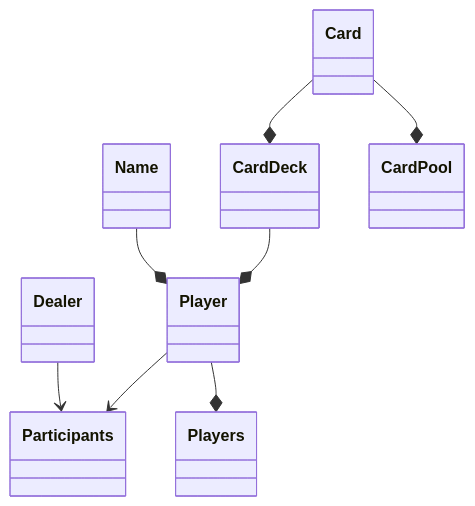
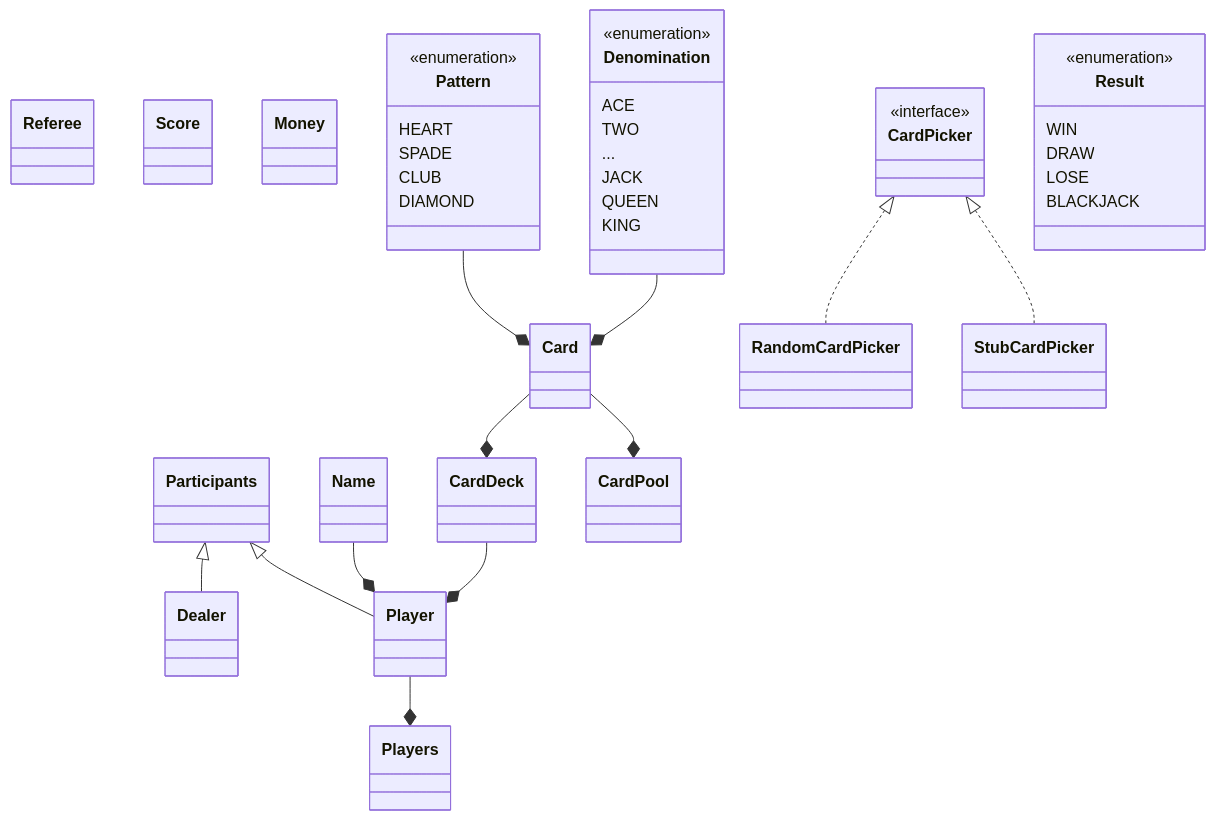
Before and after one commit to woowacourse/java-blackjack: the third of 3 diagrams in docs/README.md, drawn with Mermaid. The commit also changed other lines of this file, not shown here.

Commit message:
docs : 2단계 플로우차트, 클래스 다이어그램 완성

````diff
--- a/docs/README.md
+++ b/docs/README.md
@@ -58,11 +87,44 @@
 ```mermaid
 classDiagram
-Dealer-->Participants
-Player-->Participants
+Participants<|--Dealer
+Participants<|--Player
 Player--*Players
 Name--*Player
 CardDeck--*Player
 Card--*CardDeck
 Card--*CardPool
+class Referee
+class Score
+class Money
+Pattern--*Card
+Denomination--*Card
+CardPicker<|..RandomCardPicker
+CardPicker<|..StubCardPicker
+
+<<interface>> CardPicker
+
+class Result{
+    <<enumeration>>
+    WIN
+    DRAW
+    LOSE
+    BLACKJACK
+}
+class Pattern{
+    <<enumeration>>
+    HEART
+    SPADE
+    CLUB
+    DIAMOND
+}
+class Denomination{
+    <<enumeration>>
+    ACE
+    TWO
+    ...
+    JACK
+    QUEEN
+    KING
+}
 
 ```
````
